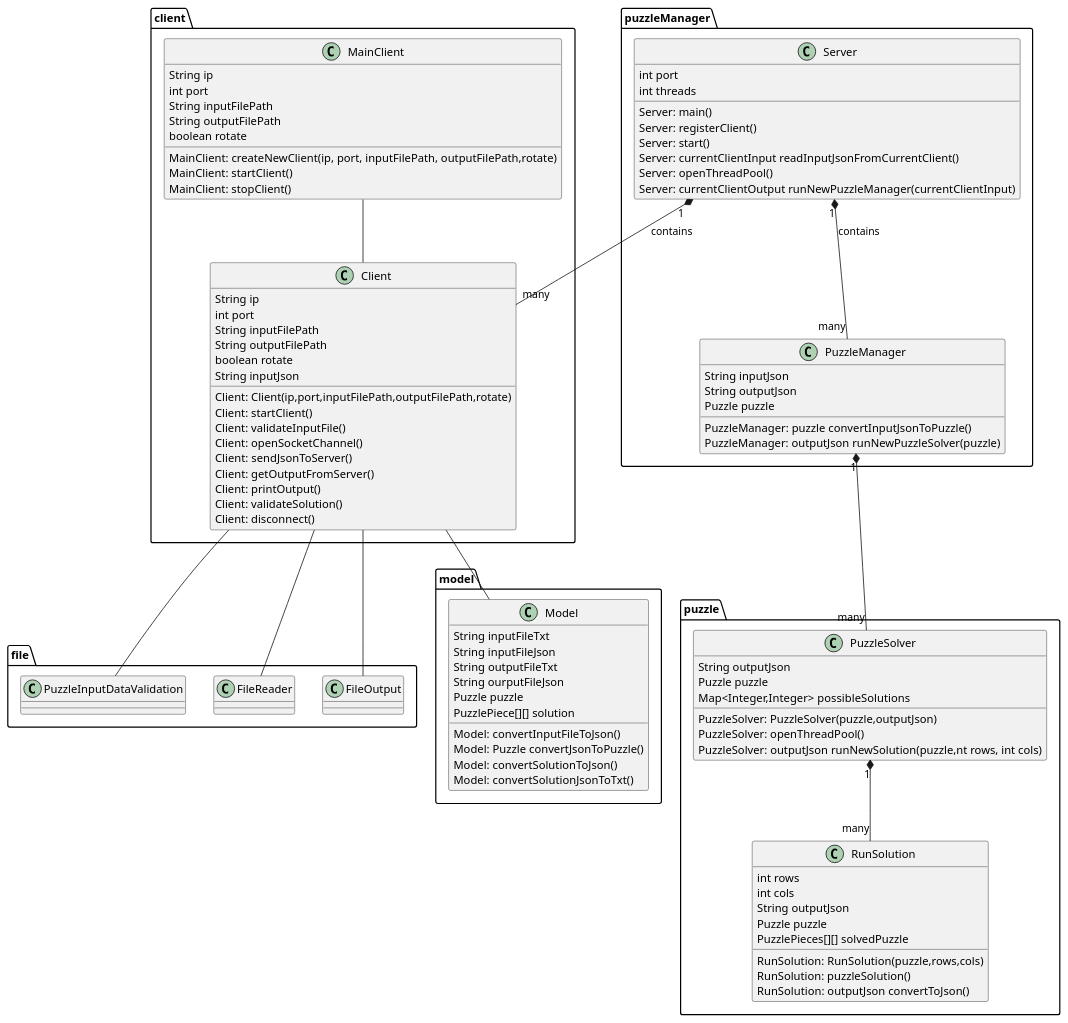
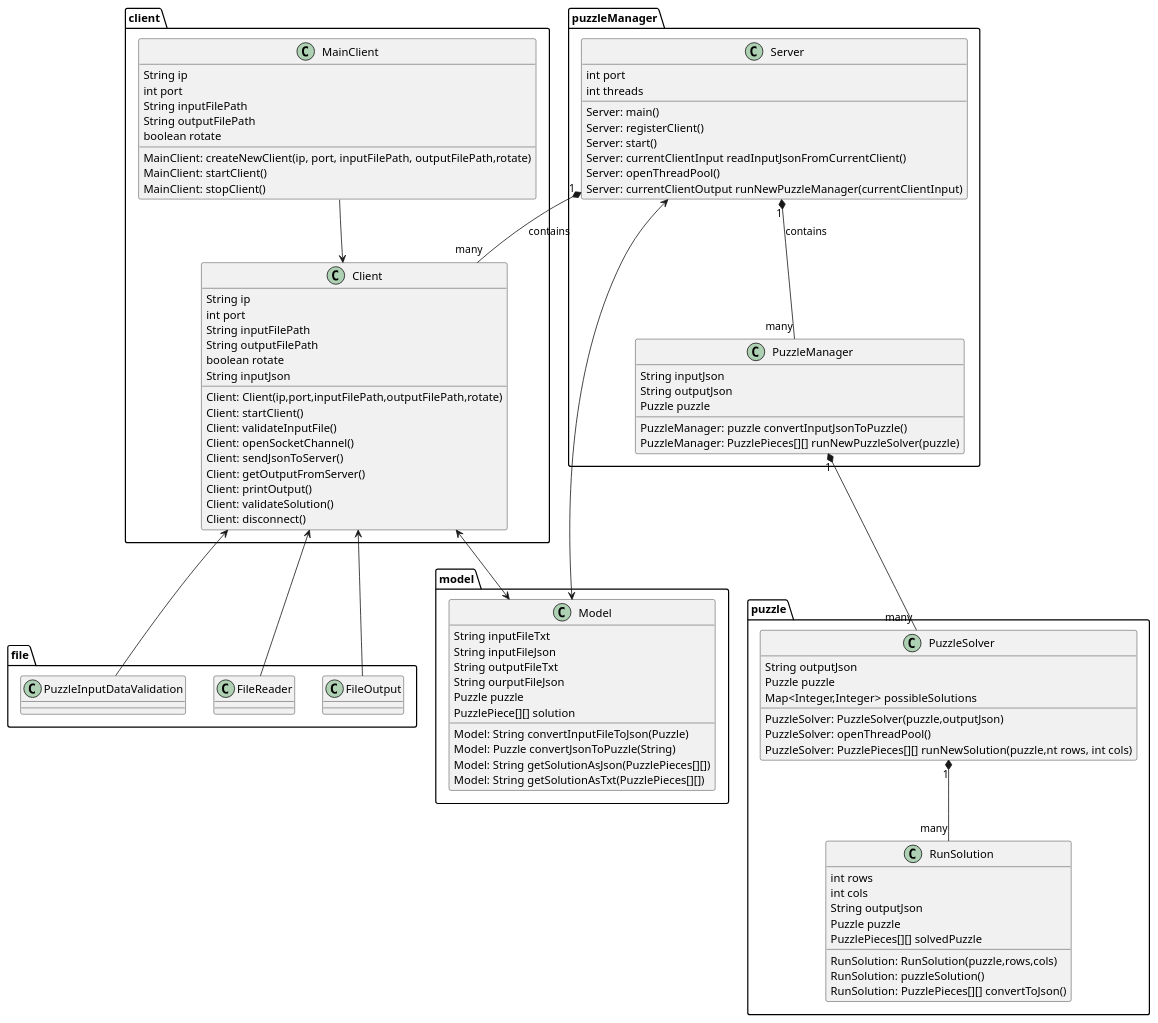
The diagram in Puzzle-BIQ/src/main/java/course/puzzle/puzzleClassDiagram.puml (BiqTransformation/Puzzle-BIQ), drawn with PlantUML before and after one commit. The commit also changed 4 other files, not shown here.

Commit message:
[Svetlana] add class diagram and sequence diagram

```diff
--- a/Puzzle-BIQ/src/main/java/course/puzzle/puzzleClassDiagram.puml
+++ b/Puzzle-BIQ/src/main/java/course/puzzle/puzzleClassDiagram.puml
@@ -1,105 +1,106 @@
 @startuml
 
-client.MainClient -- client.Client
-client.Client -- file.PuzzleInputDataValidation
-client.Client -- file.FileReader
-client.Client -- file.FileOutput
-client.Client -- model.Model
+client.MainClient --> client.Client
+client.Client <-- file.PuzzleInputDataValidation
+client.Client <-- file.FileReader
+client.Client <-- file.FileOutput
+client.Client <--> model.Model
 puzzleManager.Server "1" *-- "many" client.Client : contains
 puzzleManager.Server "1" *-- "many" puzzleManager.PuzzleManager : contains
+puzzleManager.Server <--> model.Model
 puzzleManager.PuzzleManager "1" *-- "many" puzzle.PuzzleSolver
 puzzle.PuzzleSolver "1" *-- "many" puzzle.RunSolution
 
 class client.MainClient {
 String ip
 int port
 String inputFilePath
 String outputFilePath
 boolean rotate
 
 MainClient: createNewClient(ip, port, inputFilePath, outputFilePath,rotate)
 MainClient: startClient()
 MainClient: stopClient()
 }
 class client.Client {
 String ip
 int port
 String inputFilePath
 String outputFilePath
 boolean rotate
 String inputJson
 
 Client: Client(ip,port,inputFilePath,outputFilePath,rotate)
 Client: startClient()
 Client: validateInputFile()
 Client: openSocketChannel()
 Client: sendJsonToServer()
 Client: getOutputFromServer()
 Client: printOutput()
 Client: validateSolution()
 Client: disconnect()
 }
 
 class puzzleManager.Server{
 int port
 int threads
 
 Server: main()
 Server: registerClient()
 Server: start()
 Server: currentClientInput readInputJsonFromCurrentClient()
 Server: openThreadPool()
 Server: currentClientOutput runNewPuzzleManager(currentClientInput)
 
 }
 
 class model.Model{
 String inputFileTxt
 String inputFileJson
 String outputFileTxt
 String ourputFileJson
 Puzzle puzzle
 PuzzlePiece[][] solution
 
-Model: convertInputFileToJson()
-Model: Puzzle convertJsonToPuzzle()
-Model: convertSolutionToJson()
-Model: convertSolutionJsonToTxt()
+Model: String convertInputFileToJson(Puzzle)
+Model: Puzzle convertJsonToPuzzle(String)
+Model: String getSolutionAsJson(PuzzlePieces[][])
+Model: String getSolutionAsTxt(PuzzlePieces[][])
 
 }
 
 class puzzleManager.PuzzleManager{
 String inputJson
 String outputJson
 Puzzle puzzle
 
 PuzzleManager: puzzle convertInputJsonToPuzzle()
-PuzzleManager: outputJson runNewPuzzleSolver(puzzle)
+PuzzleManager: PuzzlePieces[][] runNewPuzzleSolver(puzzle)
 }
 
 class puzzle.PuzzleSolver{
 
 String outputJson
 Puzzle puzzle
 Map<Integer,Integer> possibleSolutions
 
 PuzzleSolver: PuzzleSolver(puzzle,outputJson)
 PuzzleSolver: openThreadPool()
-PuzzleSolver: outputJson runNewSolution(puzzle,nt rows, int cols)
+PuzzleSolver: PuzzlePieces[][] runNewSolution(puzzle,nt rows, int cols)
 }
 
 class puzzle.RunSolution{
 int rows
 int cols
 String outputJson
 Puzzle puzzle
 PuzzlePieces[][] solvedPuzzle
 
 RunSolution: RunSolution(puzzle,rows,cols)
 RunSolution: puzzleSolution()
-RunSolution: outputJson convertToJson()
+RunSolution: PuzzlePieces[][] convertToJson()
 }
 
 
 
 @enduml
```
